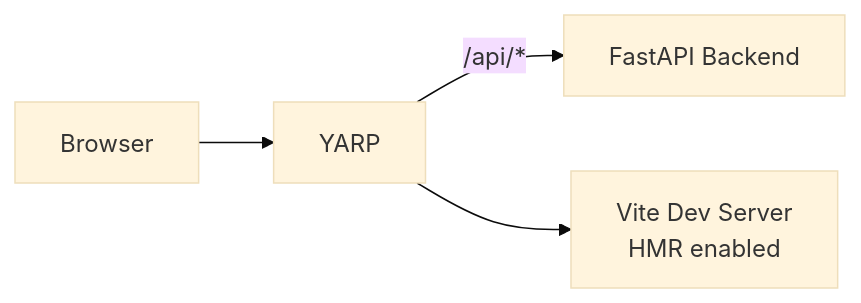
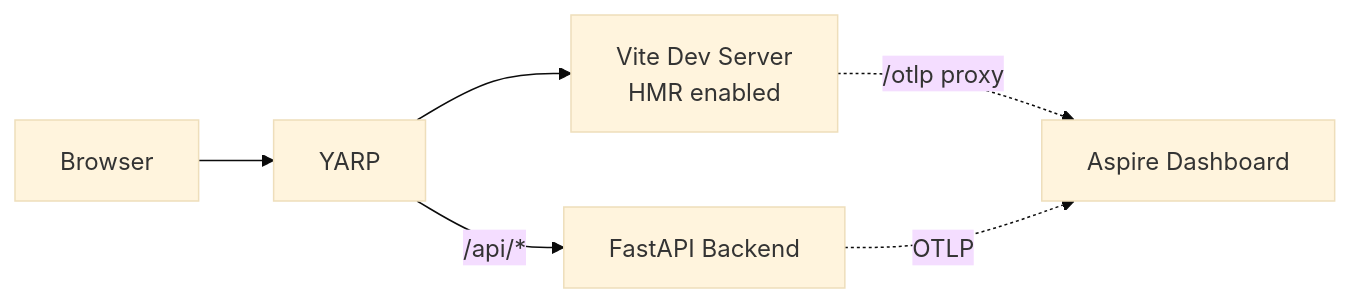
One commit to microsoft/aspire-samples changed the first of 2 diagrams in samples/vite-react-fastapi/README.md. Above: the diagram before and after it, drawn with Mermaid (base theme). The commit also changed other lines of this file and 29 other files, not shown here.

Commit message:
vite-react-fastapi: team task board with OpenAPI/Scalar, domain telemetry, browser OTel, and dashboard commands

````diff
--- a/samples/vite-react-fastapi/README.md
+++ b/samples/vite-react-fastapi/README.md
@@ -11,6 +13,8 @@
 ```mermaid
 flowchart LR
     Browser --> YARP
     YARP -->|/api/*| FastAPI[FastAPI Backend]
     YARP --> Vite[Vite Dev Server<br/>HMR enabled]
+    Vite -.->|/otlp proxy| Dashboard[Aspire Dashboard]
+    FastAPI -.->|OTLP| Dashboard
 ```
````
